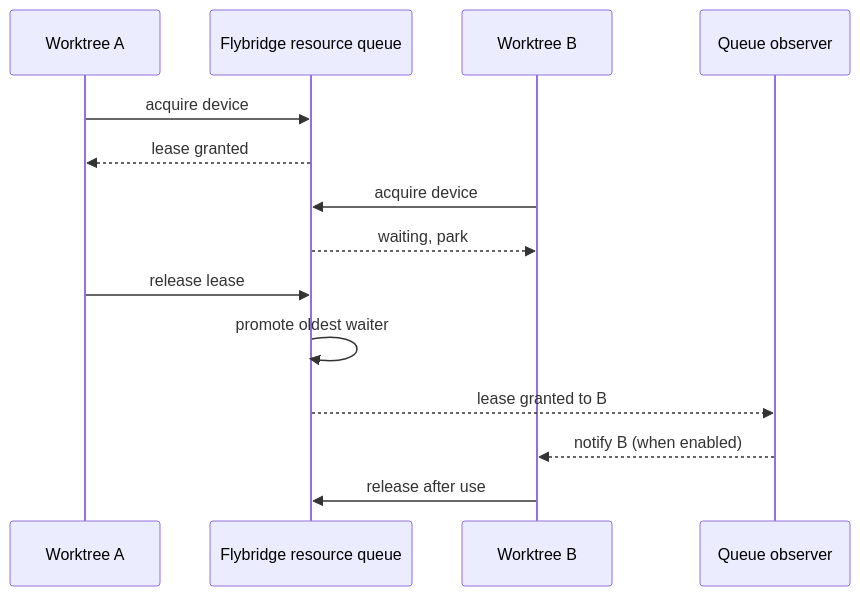
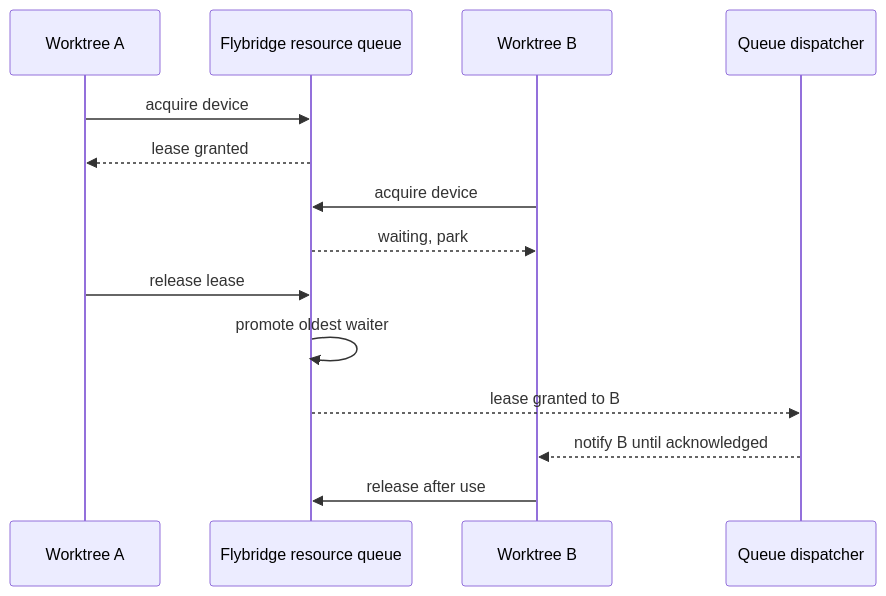
Before and after one commit to LiltoneJG/flybridge: the third of 3 diagrams in README.md, drawn with Mermaid. The commit also changed other lines of this file and 25 other files, not shown here.

````diff
--- a/README.md
+++ b/README.md
@@ -70,16 +70,16 @@
 ```mermaid
 sequenceDiagram
     participant A as Worktree A
     participant Q as Flybridge resource queue
     participant B as Worktree B
-    participant O as Queue observer
+    participant D as Queue dispatcher
     A->>Q: acquire device
     Q-->>A: lease granted
     B->>Q: acquire device
     Q-->>B: waiting, park
     A->>Q: release lease
     Q->>Q: promote oldest waiter
-    Q-->>O: lease granted to B
-    O-->>B: notify B (when enabled)
+    Q-->>D: lease granted to B
+    D-->>B: notify B until acknowledged
     B->>Q: release after use
 ```
````
